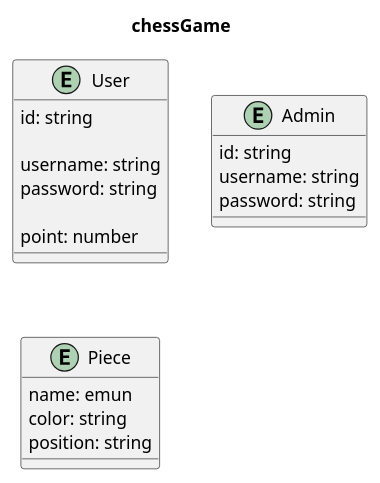
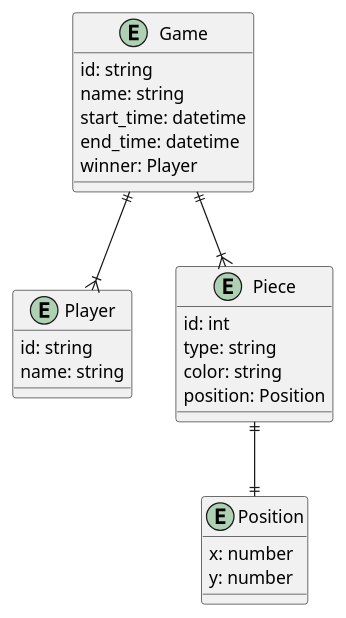
Before and after one commit to kieutridang/set2023: the diagram in MinhThanh/chessGame/docs/ERD/chessGame.plantuml, drawn with PlantUML. The commit also changed 7 other files, not shown here.

```diff
--- a/MinhThanh/chessGame/docs/ERD/chessGame.plantuml
+++ b/MinhThanh/chessGame/docs/ERD/chessGame.plantuml
@@ -1,30 +1,34 @@
 @startuml
-title chessGame
 
-entity "User"{
+entity Game {
     id: string
-
-    username: string
-    password: string
-
-    point: number
-
+    name: string
+    start_time: datetime
+    end_time: datetime
+    winner: Player
 }
 
-entity "Admin"{
+entity Player {
     id: string
-    username: string
-    password: string
+    name: string
 }
 
-entity "Piece"{
-    name: emun
+entity Piece {
+    id: int
+    type: string
     color: string
-    position: string
+    position: Position
 }
 
+entity Position {
+    x: number
+    y: number
+}
 
+Game||--|{ Player
+Game||--|{ Piece
+Piece ||--|| Position
 
 
 
 @enduml
```
